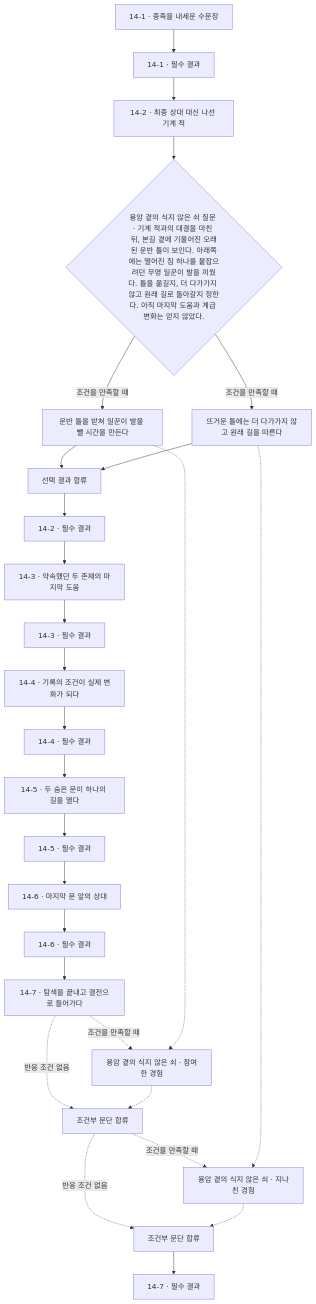
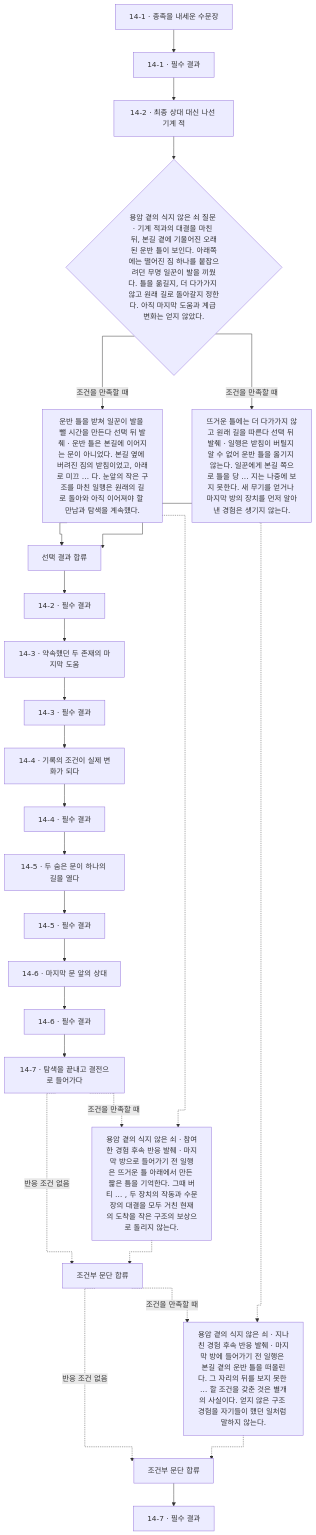
Diagram 16 of 17 in novel/writing/side-stories/generated/flow.md (obmaz/lore), drawn with Mermaid before and after one commit. The commit also changed other lines of this file and 20 other files, not shown here.

Commit message:
Show branch outcomes and route graph memory links orthogonally

````diff
--- a/novel/writing/side-stories/generated/flow.md
+++ b/novel/writing/side-stories/generated/flow.md
@@ -1140,51 +1155,52 @@
 ```mermaid
+%%{init: {"flowchart": {"curve": "stepAfter"}}}%%
 flowchart TB
   nc7c9e697d7d1022b["14-1 · 종족을 내세운 수문장"]
   n8b39673db97e341f["14-1 · 필수 결과"]
   n18dc19cbda60b470["14-2 · 최종 상대 대신 나선 기계 적"]
   nc6a66a88b40d110d{"용암 곁의 식지 않은 쇠 질문 · 기계 적과의 대결을 마친 뒤, 본길 곁에 기울어진 오래된 운반 틀이 보인다. 아래쪽에는 떨어진 짐 하나를 붙잡으려던 무명 일꾼이 발을 끼웠다. 틀을 옮길지, 더 다가가지 않고 원래 길로 돌아갈지 정한다. 아직 마지막 도움과 계급 변화는 얻지 않았다."}
   nab9f1431d476c66f["선택 결과 합류"]
-  n513dcbaa9bf30748["운반 틀을 받쳐 일꾼이 발을 뺄 시간을 만든다"]
-  na64c4e2568232b7e["뜨거운 틀에는 더 다가가지 않고 원래 길을 따른다"]
+  n513dcbaa9bf30748["운반 틀을 받쳐 일꾼이 발을 뺄 시간을 만든다 선택 뒤 발췌 · 운반 틀은 본길에 이어지는 문이 아니었다. 본길 옆에 버려진 짐의 받침이었고, 아래로 미끄 … 다. 눈앞의 작은 구조를 마친 일행은 원래의 길로 돌아와 아직 이어져야 할 만남과 탐색을 계속했다."]
+  na64c4e2568232b7e["뜨거운 틀에는 더 다가가지 않고 원래 길을 따른다 선택 뒤 발췌 · 일행은 받침이 버틸지 알 수 없어 운반 틀을 옮기지 않는다. 일꾼에게 본길 쪽으로 틀을 당 … 지는 나중에 보지 못한다. 새 무기를 얻거나 마지막 방의 장치를 먼저 알아낸 경험은 생기지 않는다."]
   n0cb97ecb2d3d1ac5["14-2 · 필수 결과"]
   n2b38de446a898fde["14-3 · 약속했던 두 존재의 마지막 도움"]
   n5b807f9d95c1e1a4["14-3 · 필수 결과"]
   n4282648de13bbf49["14-4 · 기록의 조건이 실제 변화가 되다"]
   nee849d6ee7e0fa50["14-4 · 필수 결과"]
   nb6c2e03e05b1d5dd["14-5 · 두 숨은 문이 하나의 길을 열다"]
   ncf222b311613f251["14-5 · 필수 결과"]
   ncc149ad9c6e36f3b["14-6 · 마지막 문 앞의 상대"]
   nbe9651d90076777c["14-6 · 필수 결과"]
   nfb2c4f4e873b5670["14-7 · 탐색을 끝내고 결전으로 들어가다"]
-  n01c78a96fac9af8d["용암 곁의 식지 않은 쇠 · 참여한 경험"]
+  n01c78a96fac9af8d["용암 곁의 식지 않은 쇠 · 참여한 경험 후속 반응 발췌 · 마지막 방으로 들어가기 전 일행은 뜨거운 틀 아래에서 만든 짧은 틈을 기억한다. 그때 버티 … , 두 장치의 작동과 수문장의 대결을 모두 거친 현재의 도착을 작은 구조의 보상으로 돌리지 않는다."]
   n2f172d3fe9a56687["조건부 문단 합류"]
-  n5c144a793de982ae["용암 곁의 식지 않은 쇠 · 지나친 경험"]
+  n5c144a793de982ae["용암 곁의 식지 않은 쇠 · 지나친 경험 후속 반응 발췌 · 마지막 방에 들어가기 전 일행은 본길 곁의 운반 틀을 떠올린다. 그 자리의 뒤를 보지 못한 … 할 조건을 갖춘 것은 별개의 사실이다. 얻지 않은 구조 경험을 자기들이 했던 일처럼 말하지 않는다."]
   nadd80380f7bb4ba3["조건부 문단 합류"]
   nce81f6b8f9ada57b["14-7 · 필수 결과"]
   nc7c9e697d7d1022b --> n8b39673db97e341f
   n18dc19cbda60b470 --> nc6a66a88b40d110d
   nc6a66a88b40d110d -->|조건을 만족할 때| n513dcbaa9bf30748
   n513dcbaa9bf30748 --> nab9f1431d476c66f
   nc6a66a88b40d110d -->|조건을 만족할 때| na64c4e2568232b7e
   na64c4e2568232b7e --> nab9f1431d476c66f
   nab9f1431d476c66f --> n0cb97ecb2d3d1ac5
   n8b39673db97e341f --> n18dc19cbda60b470
   n2b38de446a898fde --> n5b807f9d95c1e1a4
   n0cb97ecb2d3d1ac5 --> n2b38de446a898fde
   n4282648de13bbf49 --> nee849d6ee7e0fa50
   n5b807f9d95c1e1a4 --> n4282648de13bbf49
   nb6c2e03e05b1d5dd --> ncf222b311613f251
   nee849d6ee7e0fa50 --> nb6c2e03e05b1d5dd
   ncc149ad9c6e36f3b --> nbe9651d90076777c
   ncf222b311613f251 --> ncc149ad9c6e36f3b
   nfb2c4f4e873b5670 -.->|조건을 만족할 때| n01c78a96fac9af8d
   nfb2c4f4e873b5670 -.->|반응 조건 없음| n2f172d3fe9a56687
   n01c78a96fac9af8d -.-> n2f172d3fe9a56687
   n2f172d3fe9a56687 -.->|조건을 만족할 때| n5c144a793de982ae
   n2f172d3fe9a56687 -.->|반응 조건 없음| nadd80380f7bb4ba3
   n5c144a793de982ae -.-> nadd80380f7bb4ba3
   nadd80380f7bb4ba3 --> nce81f6b8f9ada57b
   nbe9651d90076777c --> nfb2c4f4e873b5670
   n513dcbaa9bf30748 -.-> n01c78a96fac9af8d
   na64c4e2568232b7e -.-> n5c144a793de982ae
 ```
````
